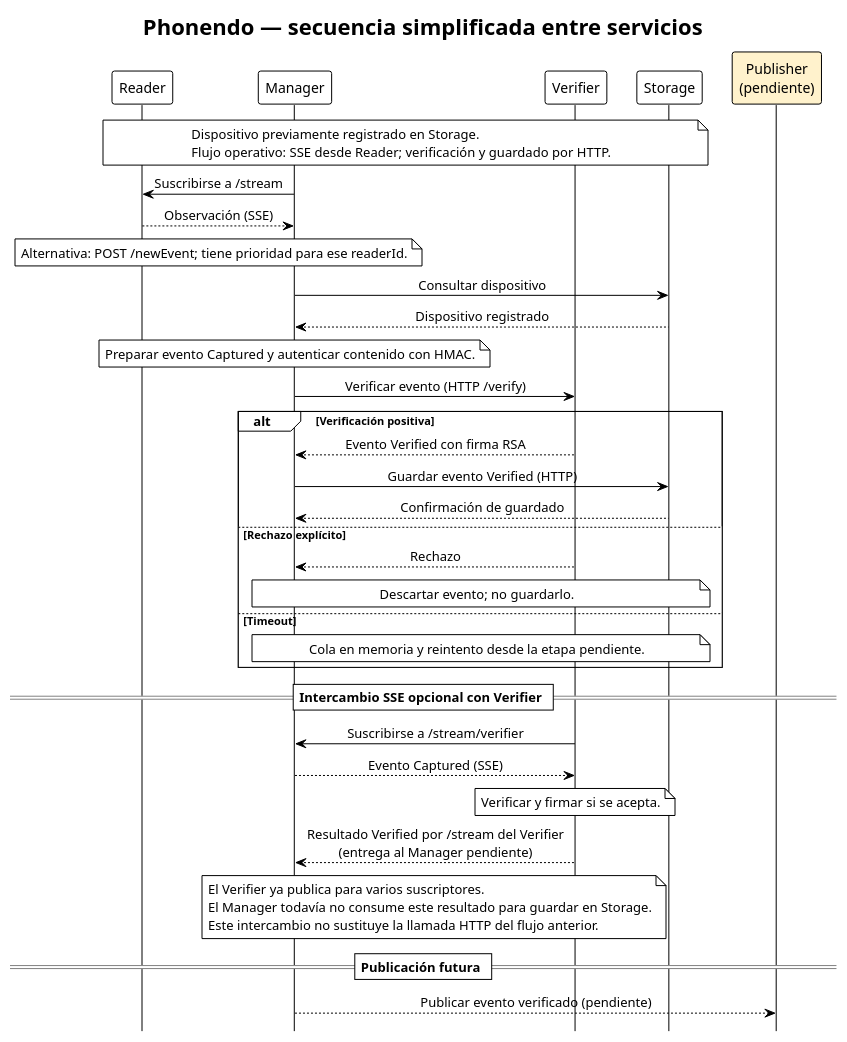
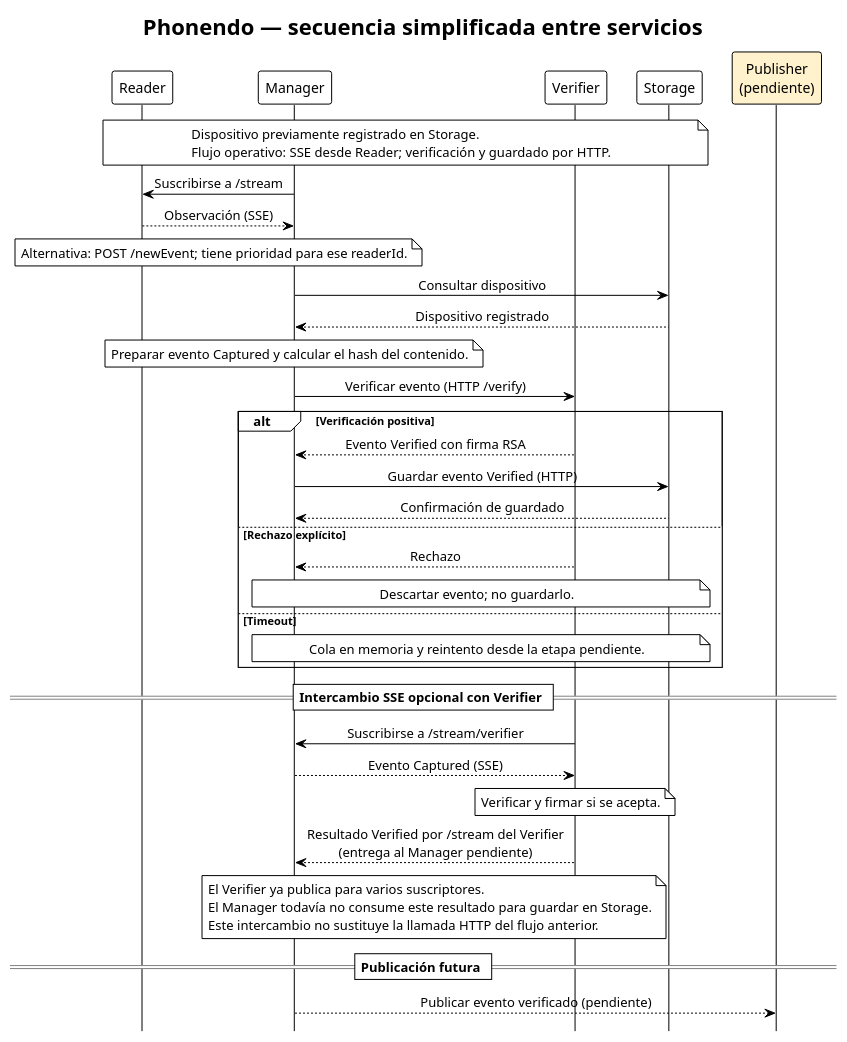
One commit to ParriCode/phonedo changed the diagram in docs/phonendo-secuencia.plantuml. Above: the diagram before and after it, drawn with PlantUML. The commit also changed 43 other files, not shown here.

```diff
--- a/docs/phonendo-secuencia.plantuml
+++ b/docs/phonendo-secuencia.plantuml
@@ -1,49 +1,49 @@
 @startuml phonendo_secuencia
 !theme plain
 hide footbox
 skinparam shadowing false
 skinparam sequenceMessageAlign center
 title Phonendo — secuencia simplificada entre servicios
 
 participant Reader as R
 participant Manager as M
 participant Verifier as V
 participant Storage as S
 participant "Publisher\n(pendiente)" as P #FFF2CC
 
 note over R,S
   Dispositivo previamente registrado en Storage.
   Flujo operativo: SSE desde Reader; verificación y guardado por HTTP.
 end note
 M -> R : Suscribirse a /stream
 R --> M : Observación (SSE)
 note over R,M : Alternativa: POST /newEvent; tiene prioridad para ese readerId.
 M -> S : Consultar dispositivo
 S --> M : Dispositivo registrado
-note over M : Preparar evento Captured y autenticar contenido con HMAC.
+note over M : Preparar evento Captured y calcular el hash del contenido.
 M -> V : Verificar evento (HTTP /verify)
 alt Verificación positiva
   V --> M : Evento Verified con firma RSA
   M -> S : Guardar evento Verified (HTTP)
   S --> M : Confirmación de guardado
 else Rechazo explícito
   V --> M : Rechazo
   note over M,S : Descartar evento; no guardarlo.
 else Timeout
   note over M,S : Cola en memoria y reintento desde la etapa pendiente.
 end
 
 == Intercambio SSE opcional con Verifier ==
 V -> M : Suscribirse a /stream/verifier
 M --> V : Evento Captured (SSE)
 note over V : Verificar y firmar si se acepta.
 V --> M : Resultado Verified por /stream del Verifier\n(entrega al Manager pendiente)
 note over M,V
   El Verifier ya publica para varios suscriptores.
   El Manager todavía no consume este resultado para guardar en Storage.
   Este intercambio no sustituye la llamada HTTP del flujo anterior.
 end note
 
 == Publicación futura ==
 M --> P : Publicar evento verificado (pendiente)
 @enduml
```
